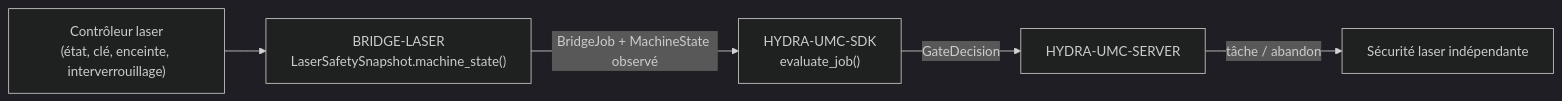
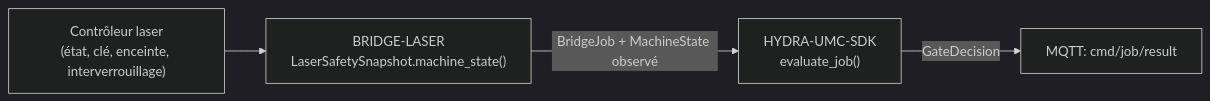
Before and after one commit to JuanenRac/HYDRA-UMC-BRIDGE-LASER: the diagram in README_fra.md, drawn with Mermaid (dark theme). The commit also changed other lines of this file and 26 other files, not shown here.

````diff
--- a/README_fra.md
+++ b/README_fra.md
@@ -50,7 +51,6 @@
 ```mermaid
 flowchart LR
     LASER["Contrôleur laser<br/>(état, clé, enceinte, interverrouillage)"] --> BRIDGE["BRIDGE-LASER<br/>LaserSafetySnapshot.machine_state()"]
     BRIDGE -- "BridgeJob + MachineState observé" --> SDK["HYDRA-UMC-SDK<br/>evaluate_job()"]
-    SDK -- GateDecision --> SERVER["HYDRA-UMC-SERVER"]
-    SERVER -- "tâche / abandon" --> SAFETY["Sécurité laser indépendante"]
+    SDK -- GateDecision --> RESULT["MQTT: cmd/job/result"]
 ```
````
